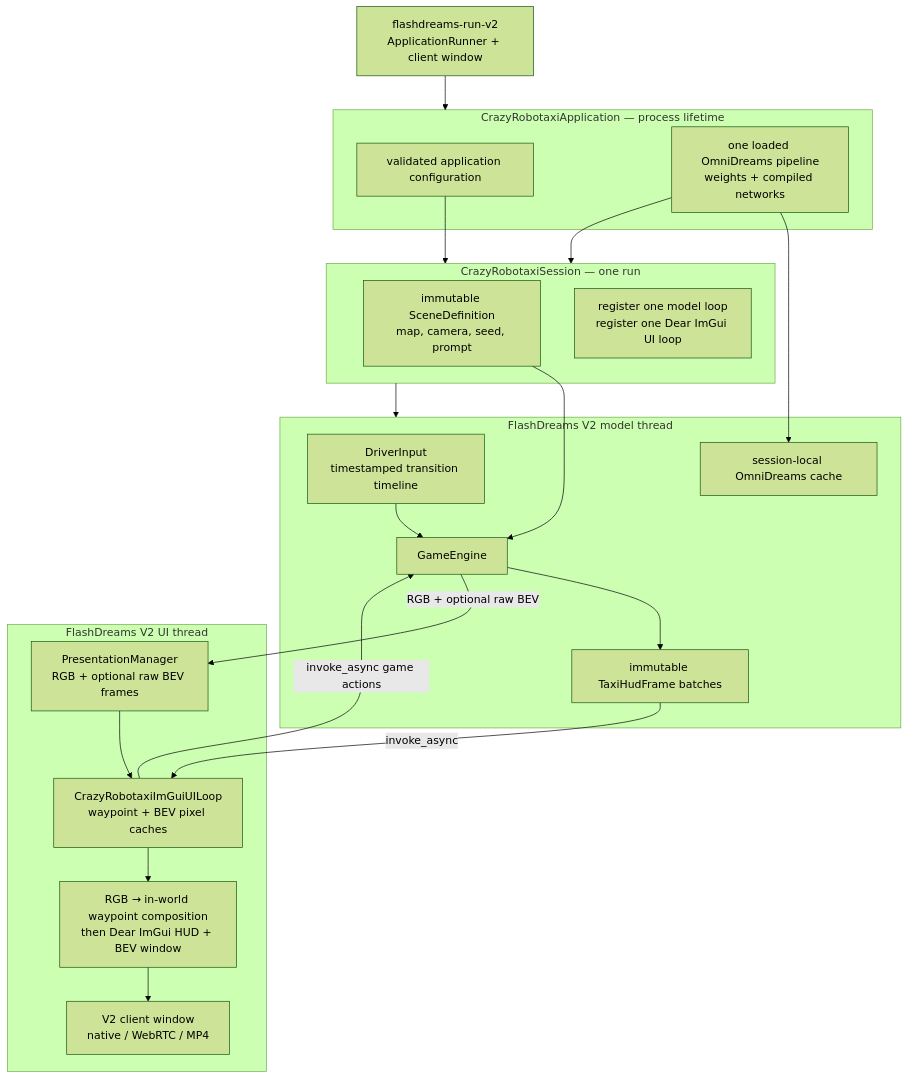
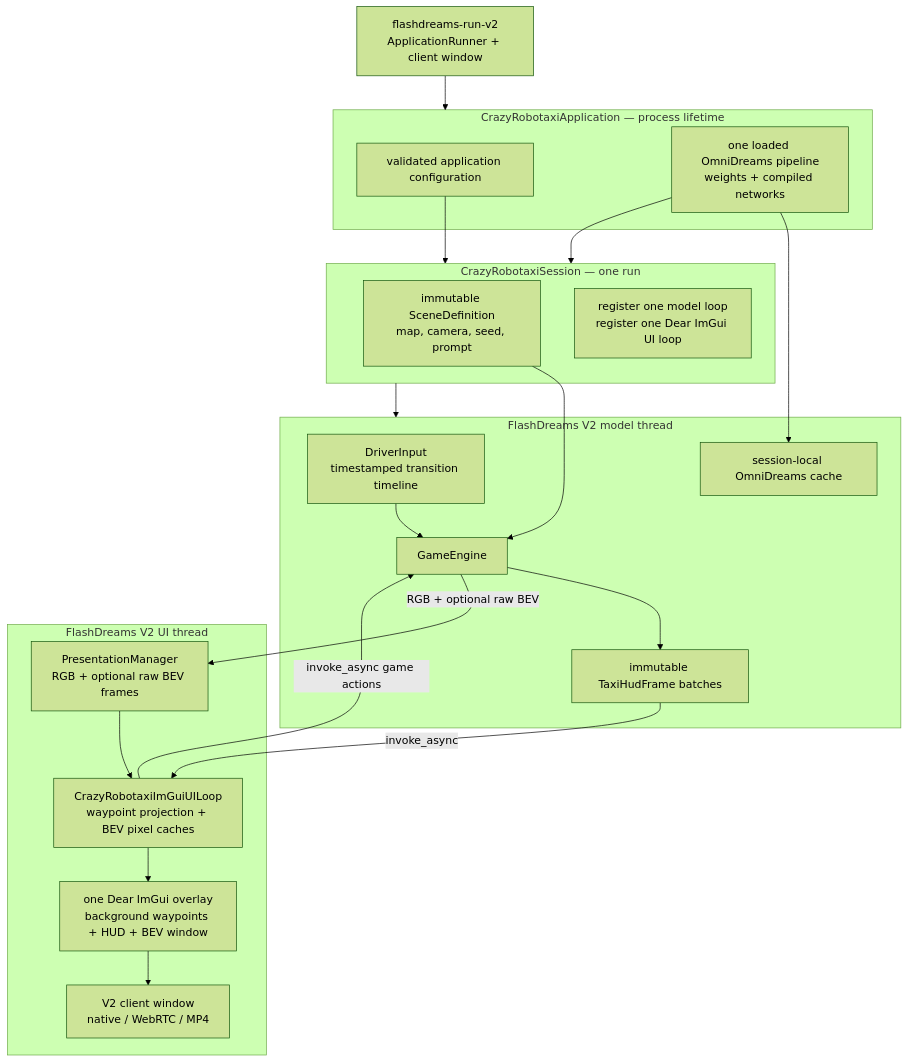
Before and after one commit to NVIDIA/flashdreams: the first of 6 diagrams in docs/design/crazy_robotaxi_v2_architecture.md, drawn with Mermaid (forest theme). The commit also changed other lines of this file and 4 other files, not shown here.

Commit message:
Render Crazy Robotaxi waypoints with ImGui

````diff
--- a/docs/design/crazy_robotaxi_v2_architecture.md
+++ b/docs/design/crazy_robotaxi_v2_architecture.md
@@ -30,41 +30,41 @@
 ```mermaid
 flowchart TD
     HOST["flashdreams-run-v2<br/>ApplicationRunner + client window"]
 
     subgraph APP["CrazyRobotaxiApplication — process lifetime"]
         ARGS["validated application configuration"]
         PIPELINE["one loaded OmniDreams pipeline<br/>weights + compiled networks"]
     end
 
     subgraph SESSION["CrazyRobotaxiSession — one run"]
         SCENE["immutable SceneDefinition<br/>map, camera, seed, prompt"]
         REG["register one model loop<br/>register one Dear ImGui UI loop"]
     end
 
     subgraph MODELTHREAD["FlashDreams V2 model thread"]
         INPUT["DriverInput<br/>timestamped transition timeline"]
         ENGINE["GameEngine"]
         CACHE["session-local OmniDreams cache"]
         HUDSTATE["immutable TaxiHudFrame batches"]
     end
 
     subgraph UITHREAD["FlashDreams V2 UI thread"]
         BUFFER["PresentationManager<br/>RGB + optional raw BEV frames"]
-        HUD["CrazyRobotaxiImGuiUILoop<br/>waypoint + BEV pixel caches"]
-        COMPOSE["RGB → in-world waypoint composition<br/>then Dear ImGui HUD + BEV window"]
+        HUD["CrazyRobotaxiImGuiUILoop<br/>waypoint projection + BEV pixel caches"]
+        COMPOSE["one Dear ImGui overlay<br/>background waypoints + HUD + BEV window"]
         WINDOW["V2 client window<br/>native / WebRTC / MP4"]
     end
 
     HOST --> APP
     ARGS --> SESSION
     PIPELINE --> SESSION
     SESSION --> MODELTHREAD
     SCENE --> ENGINE
     PIPELINE --> CACHE
     INPUT --> ENGINE
     ENGINE --> HUDSTATE
     ENGINE -->|"RGB + optional raw BEV"| BUFFER
     HUDSTATE -->|"invoke_async"| HUD
     HUD -->|"invoke_async game actions"| ENGINE
     BUFFER --> HUD --> COMPOSE --> WINDOW
 ```
````
